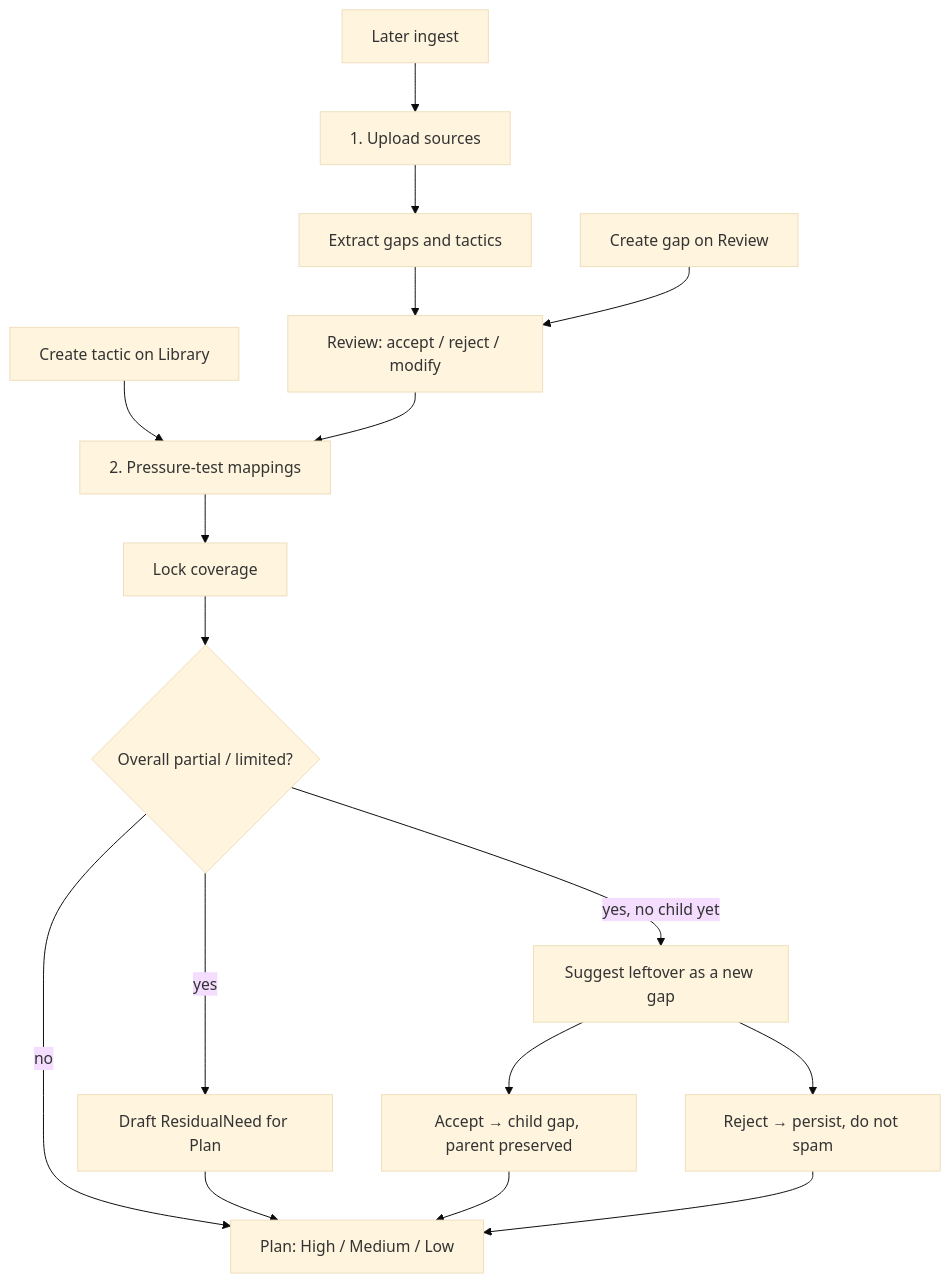
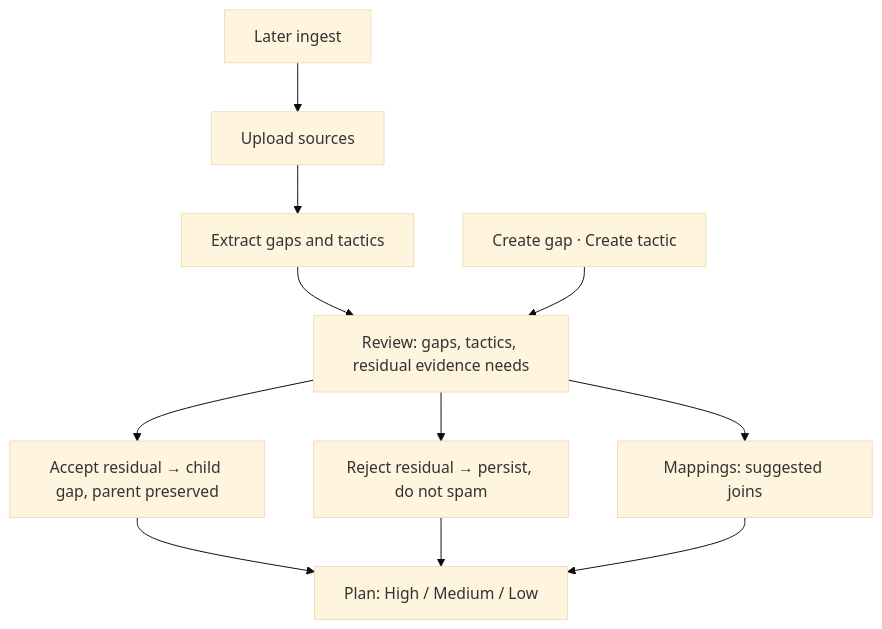
Before and after one commit to Shashb21/synapse: the first of 2 diagrams in docs/problem-and-solution.md, drawn with Mermaid (base theme). The commit also changed other lines of this file and 9 other files, not shown here.

First line of the commit message:
Keep leftover suggestions on Mappings after locked coverage.

````diff
--- a/docs/problem-and-solution.md
+++ b/docs/problem-and-solution.md
@@ -50,33 +50,22 @@
 ```mermaid
 flowchart TD
-  upload["1. Upload sources"]
+  upload["Upload sources"]
   extract["Extract gaps and tactics"]
-  review["Review: accept / reject / modify"]
-  createGap["Create gap on Review"]
-  createTactic["Create tactic on Library"]
-  map["2. Pressure-test mappings"]
-  cover["Lock coverage"]
-  leftover{"Overall partial / limited?"}
-  residual["Draft ResidualNeed for Plan"]
-  suggest["Suggest leftover as a new gap"]
-  acceptChild["Accept → child gap, parent preserved"]
-  rejectChild["Reject → persist, do not spam"]
+  review["Review: gaps, tactics, residual evidence needs"]
+  create["Create gap · Create tactic"]
+  acceptChild["Accept residual → child gap, parent preserved"]
+  rejectChild["Reject residual → persist, do not spam"]
+  map["Mappings: suggested joins"]
   board["Plan: High / Medium / Low"]
   later["Later ingest"]
   upload --> extract
   extract --> review
-  createGap --> review
-  createTactic --> map
+  create --> review
+  review --> acceptChild
+  review --> rejectChild
   review --> map
-  map --> cover
-  cover --> leftover
-  leftover -->|yes| residual
-  leftover -->|yes, no child yet| suggest
-  leftover -->|no| board
-  residual --> board
-  suggest --> acceptChild
-  suggest --> rejectChild
   acceptChild --> board
   rejectChild --> board
+  map --> board
   later --> upload
 ```
````
